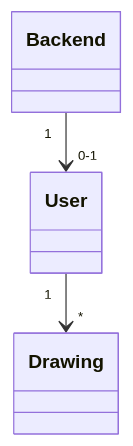
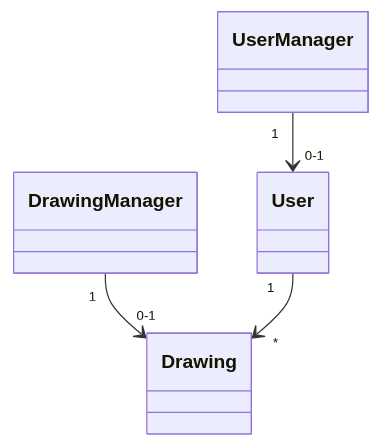
Before and after one commit to tomjtoth/ot-harjoitustyo: the third of 11 diagrams in dokumentaatio/arkkitehtuuri.md, drawn with Mermaid. The commit also changed other lines of this file and 9 other files, not shown here.

````diff
--- a/dokumentaatio/arkkitehtuuri.md
+++ b/dokumentaatio/arkkitehtuuri.md
@@ -73,5 +73,6 @@
 ```mermaid
 classDiagram
-    Backend "1" --> "0-1" User
+    UserManager "1" --> "0-1" User
+    DrawingManager "1" --> "0-1" Drawing
     User "1" --> "*" Drawing
 ```
````
